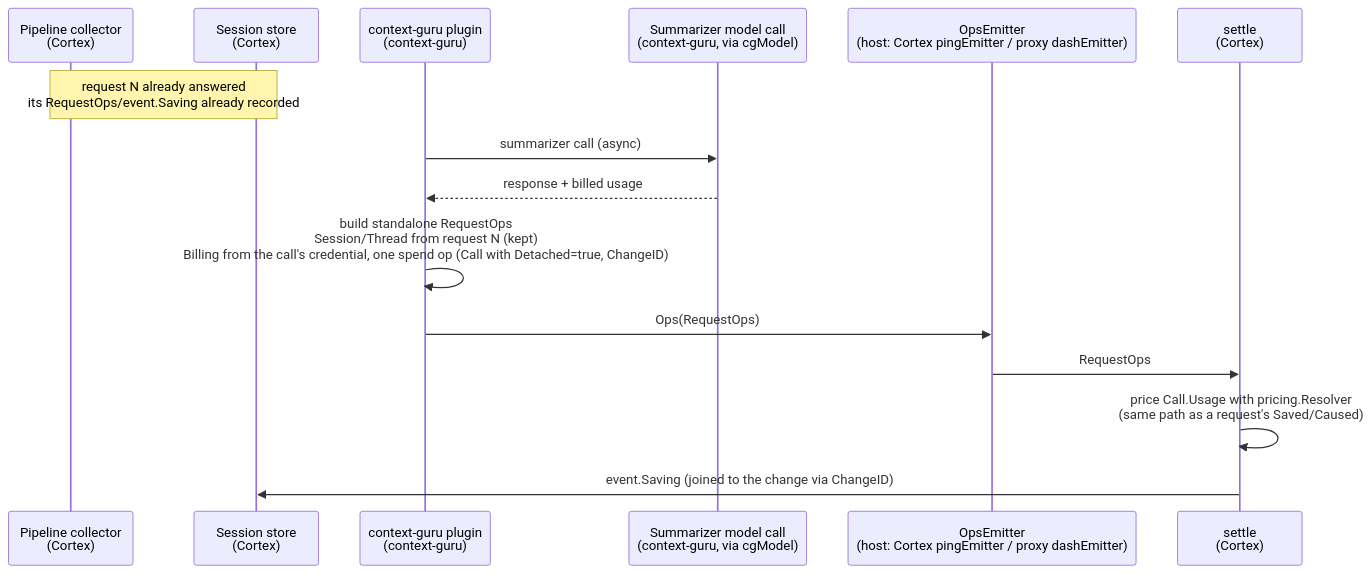
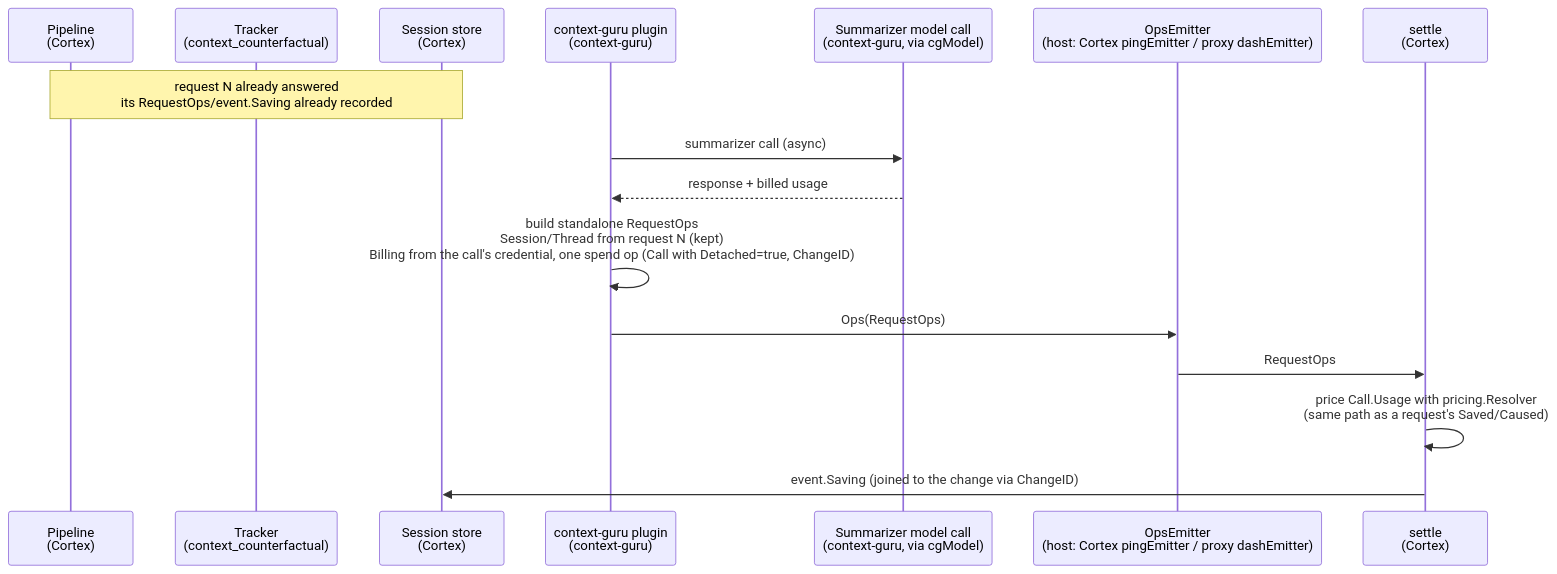
One commit to rossoctl/context-guru changed the second of 3 diagrams in docs/counterfactual/cortex-wiring.md. Above: the diagram before and after it, drawn with Mermaid. The commit also changed other lines of this file and 6 other files, not shown here.

````diff
--- a/docs/counterfactual/cortex-wiring.md
+++ b/docs/counterfactual/cortex-wiring.md
@@ -173,18 +179,19 @@
 ```mermaid
 sequenceDiagram
-    participant Pipeline as Pipeline collector<br/>(Cortex)
+    participant Pipeline as Pipeline<br/>(Cortex)
+    participant Tracker as Tracker<br/>(context_counterfactual)
     participant Store as Session store<br/>(Cortex)
     participant Plugin as context-guru plugin<br/>(context-guru)
     participant Model as Summarizer model call<br/>(context-guru, via cgModel)
     participant Emitter as OpsEmitter<br/>(host: Cortex pingEmitter / proxy dashEmitter)
     participant Settle as settle<br/>(Cortex)
 
     Note over Pipeline,Store: request N already answered<br/>its RequestOps/event.Saving already recorded
     Plugin->>Model: summarizer call (async)
     Model-->>Plugin: response + billed usage
     Plugin->>Plugin: build standalone RequestOps<br/>Session/Thread from request N (kept)<br/>Billing from the call's credential, one spend op (Call with Detached=true, ChangeID)
     Plugin->>Emitter: Ops(RequestOps)
     Emitter->>Settle: RequestOps
     Settle->>Settle: price Call.Usage with pricing.Resolver<br/>(same path as a request's Saved/Caused)
     Settle->>Store: event.Saving (joined to the change via ChangeID)
 ```
````
